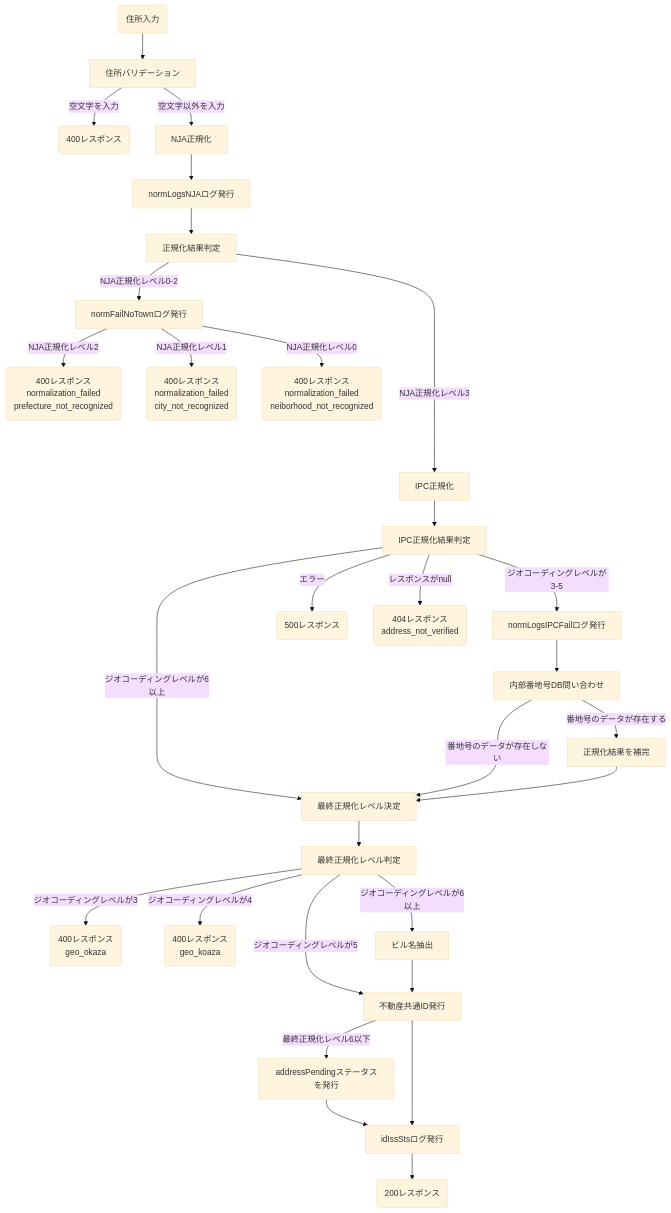
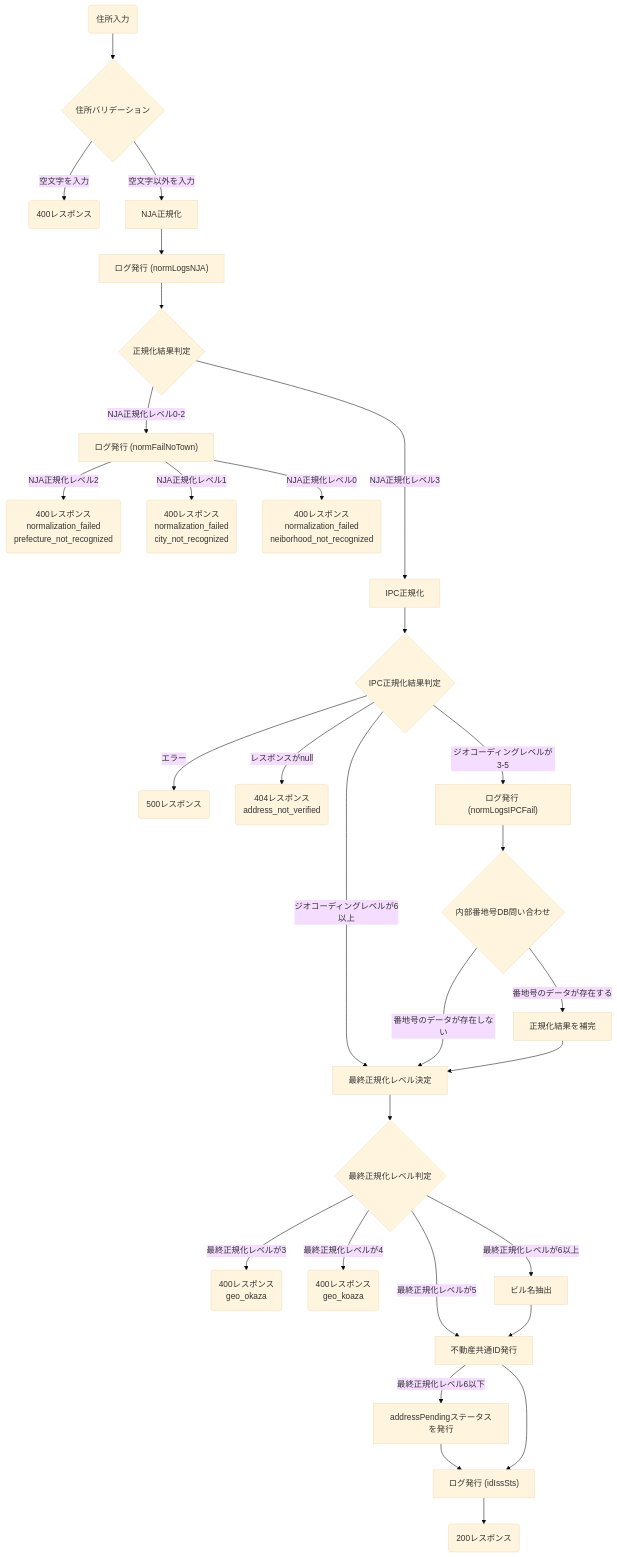
The diagram in docs/id-issuance-flow.md (geolonia/prop-id-api), drawn with Mermaid (base theme) before and after one commit.

Commit message:
Update flow

````diff
--- a/docs/id-issuance-flow.md
+++ b/docs/id-issuance-flow.md
@@ -3,36 +3,35 @@
 ```mermaid
 graph TD
 
-input(住所入力) --> validation[住所バリデーション]
+  input(住所入力) --> validation{住所バリデーション}
 
-validation -- 空文字を入力 --> validation_error(400レスポンス)
-validation -- 空文字以外を入力 --> NJA_norm[NJA正規化]
+  validation -- 空文字を入力 --> validation_error(400レスポンス)
+  validation -- 空文字以外を入力 --> NJA_norm[NJA正規化]
 
-NJA_norm --> normLogsNJA[normLogsNJAログ発行]
-normLogsNJA --> NJA_norm_level[正規化結果判定]
-NJA_norm_level -- NJA正規化レベル0-2 --> normFailNoTown
-NJA_norm_level -- NJA正規化レベル3 -----> IPC_norm[IPC正規化] --> IPC_norm_level[IPC正規化結果判定]
+  NJA_norm --> normLogsNJA["ログ発行 (normLogsNJA)"]
+  normLogsNJA --> NJA_norm_level{正規化結果判定}
+  NJA_norm_level -- NJA正規化レベル0-2 --> normFailNoTown
+  NJA_norm_level -- NJA正規化レベル3 ----> IPC_norm[IPC正規化] --> IPC_norm_level{IPC正規化結果判定}
 
-IPC_norm_level -- ジオコーディングレベルが6以上 --> norm_finalize[最終正規化レベル決定] --> geoc_lecvel[最終正規化レベル判定]
-IPC_norm_level -- ジオコーディングレベルが3-5 --> normLogsIPCFailログ発行 --> query_internal_banchigo[内部番地号DB問い合わせ]
-IPC_norm_level -- エラー --> IPC_error_500(500レスポンス)
-IPC_norm_level -- レスポンスがnull --> IPC_error_null(404レスポンス<br>address_not_verified)
+  IPC_norm_level -- エラー --> IPC_error_500(500レスポンス)
+  IPC_norm_level -- レスポンスがnull --> IPC_error_null(404レスポンス<br>address_not_verified)
+  IPC_norm_level -- ジオコーディングレベルが3-5 --> normLogsIPCFail["ログ発行 (normLogsIPCFail)"] --> query_internal_banchigo{内部番地号DB問い合わせ}
+  IPC_norm_level -- ジオコーディングレベルが6以上 --> norm_finalize[最終正規化レベル決定] --> geoc_lecvel{最終正規化レベル判定}
 
+  normFailNoTown["ログ発行 (normFailNoTown)"]
+  normFailNoTown -- NJA正規化レベル2 --> NJA_error_2(400レスポンス<br>normalization_failed<br>prefecture_not_recognized)
+  normFailNoTown -- NJA正規化レベル1 --> NJA_error_1(400レスポンス<br>normalization_failed<br>city_not_recognized)
+  normFailNoTown -- NJA正規化レベル0 --> NJA_error_0(400レスポンス<br>normalization_failed<br>neiborhood_not_recognized)
 
-normFailNoTown[normFailNoTownログ発行]
-normFailNoTown -- NJA正規化レベル2 --> NJA_error_2(400レスポンス<br>normalization_failed<br>prefecture_not_recognized)
-normFailNoTown -- NJA正規化レベル1 --> NJA_error_1(400レスポンス<br>normalization_failed<br>city_not_recognized)
-normFailNoTown -- NJA正規化レベル0 --> NJA_error_0(400レスポンス<br>normalization_failed<br>neiborhood_not_recognized)
+  query_internal_banchigo -- 番地号のデータが存在しない --> norm_finalize
+  query_internal_banchigo -- 番地号のデータが存在する --> 正規化結果を補完 --> norm_finalize
 
-query_internal_banchigo -- 番地号のデータが存在しない --> norm_finalize
-query_internal_banchigo -- 番地号のデータが存在する --> 正規化結果を補完 --> norm_finalize
+  geoc_lecvel -- 最終正規化レベルが3 --> id_issue_error_3(400レスポンス<br>geo_okaza)
+  geoc_lecvel -- 最終正規化レベルが4 --> id_issue_error_4(400レスポンス<br>geo_koaza)
+  geoc_lecvel -- 最終正規化レベルが5 --> issue_prop_id
+  geoc_lecvel -- 最終正規化レベルが6以上 --> ビル名抽出 --> issue_prop_id[不動産共通ID発行]
 
-geoc_lecvel -- ジオコーディングレベルが3 --> id_issue_error_3(400レスポンス<br>geo_okaza)
-geoc_lecvel -- ジオコーディングレベルが4 --> id_issue_error_4(400レスポンス<br>geo_koaza)
-geoc_lecvel -- ジオコーディングレベルが5 --> issue_prop_id
-geoc_lecvel -- ジオコーディングレベルが6以上 --> ビル名抽出 --> issue_prop_id[不動産共通ID発行]
-
-issue_prop_id -- 最終正規化レベル6以下 --> addressPendingステータスを発行 --> idIssSts
-issue_prop_id --> idIssSts[idIssStsログ発行]
-idIssSts --> id_issue_ok(200レスポンス)
+  issue_prop_id -- 最終正規化レベル6以下 --> addressPendingステータスを発行 --> idIssSts
+  issue_prop_id --> idIssSts["ログ発行 (idIssSts)"]
+  idIssSts --> id_issue_ok(200レスポンス)
 ```
````
